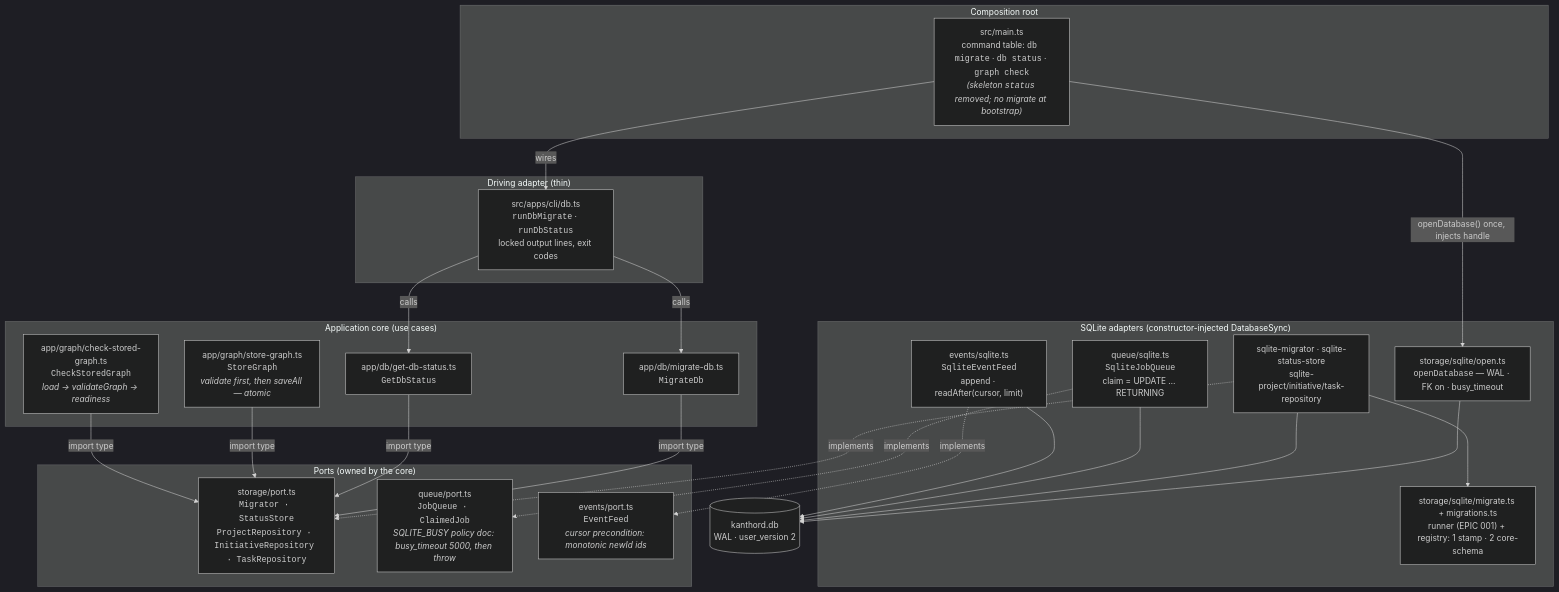
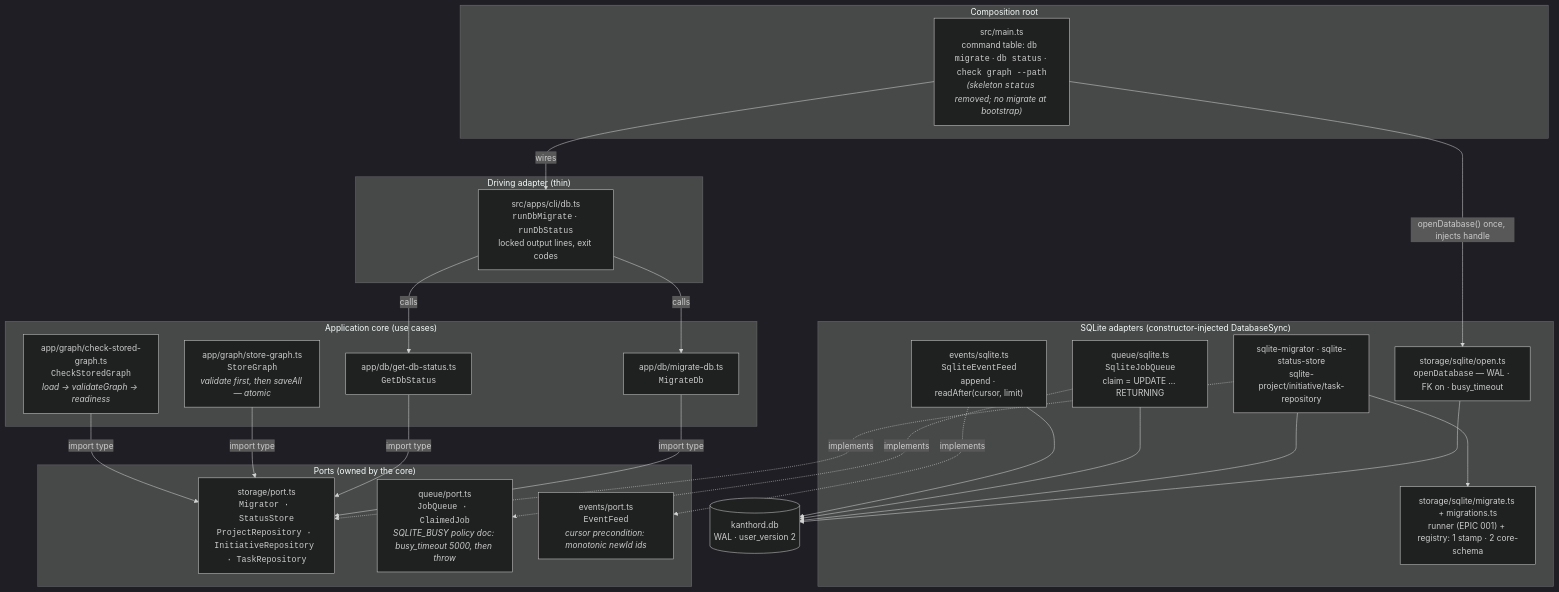
The second of 5 diagrams in docs/flowchart/003.md (kanthorlabs/kanthord), drawn with Mermaid (dark theme) before and after one commit. The commit also changed other lines of this file and 23 other files, not shown here.

First line of the commit message:
docs: author EPIC 004 story/task list + flowchart; add insert/re-arrange, verb-first CLI grammar

````diff
--- a/docs/flowchart/003.md
+++ b/docs/flowchart/003.md
@@ -89,50 +89,50 @@
 ```mermaid
 flowchart TB
     subgraph composition["Composition root"]
-        MAIN["src/main.ts<br/>command table: <code>db migrate</code> · <code>db status</code> · <code>graph check</code><br/><i>(skeleton <code>status</code> removed; no migrate at bootstrap)</i>"]
+        MAIN["src/main.ts<br/>command table: <code>db migrate</code> · <code>db status</code> · <code>check graph --path</code><br/><i>(skeleton <code>status</code> removed; no migrate at bootstrap)</i>"]
     end
 
     subgraph apps["Driving adapter (thin)"]
         DBCLI["src/apps/cli/db.ts<br/><code>runDbMigrate</code> · <code>runDbStatus</code><br/>locked output lines, exit codes"]
     end
 
     subgraph core["Application core (use cases)"]
         MDB["app/db/migrate-db.ts<br/><code>MigrateDb</code>"]
         GDS["app/db/get-db-status.ts<br/><code>GetDbStatus</code>"]
         SG["app/graph/store-graph.ts<br/><code>StoreGraph</code><br/><i>validate first, then saveAll — atomic</i>"]
         CSG["app/graph/check-stored-graph.ts<br/><code>CheckStoredGraph</code><br/><i>load → validateGraph → readiness</i>"]
     end
 
     subgraph ports["Ports (owned by the core)"]
         SPORT["storage/port.ts<br/><code>Migrator · StatusStore</code><br/><code>ProjectRepository · InitiativeRepository · TaskRepository</code>"]
         QPORT["queue/port.ts<br/><code>JobQueue · ClaimedJob</code><br/><i>SQLITE_BUSY policy doc: busy_timeout 5000, then throw</i>"]
         EPORT["events/port.ts<br/><code>EventFeed</code><br/><i>cursor precondition: monotonic newId ids</i>"]
     end
 
     subgraph adapters["SQLite adapters (constructor-injected DatabaseSync)"]
         OPEN["storage/sqlite/open.ts<br/><code>openDatabase</code> — WAL · FK on · busy_timeout"]
         MIG["storage/sqlite/migrate.ts + migrations.ts<br/>runner (EPIC 001) + registry: 1 stamp · 2 core-schema"]
         SADP["sqlite-migrator · sqlite-status-store<br/>sqlite-project/initiative/task-repository"]
         QADP["queue/sqlite.ts<br/><code>SqliteJobQueue</code><br/>claim = UPDATE … RETURNING"]
         EADP["events/sqlite.ts<br/><code>SqliteEventFeed</code><br/>append · readAfter(cursor, limit)"]
     end
 
     DB[("kanthord.db<br/>WAL · user_version 2")]
 
     MAIN -->|wires| DBCLI
     DBCLI -->|calls| MDB
     DBCLI -->|calls| GDS
     MDB -->|"import type"| SPORT
     GDS -->|"import type"| SPORT
     SG -->|"import type"| SPORT
     CSG -->|"import type"| SPORT
     SADP -.->|implements| SPORT
     QADP -.->|implements| QPORT
     EADP -.->|implements| EPORT
     SADP --> MIG
     MAIN -->|"openDatabase() once, injects handle"| OPEN
     OPEN --> DB
     SADP --> DB
     QADP --> DB
     EADP --> DB
 ```
````
